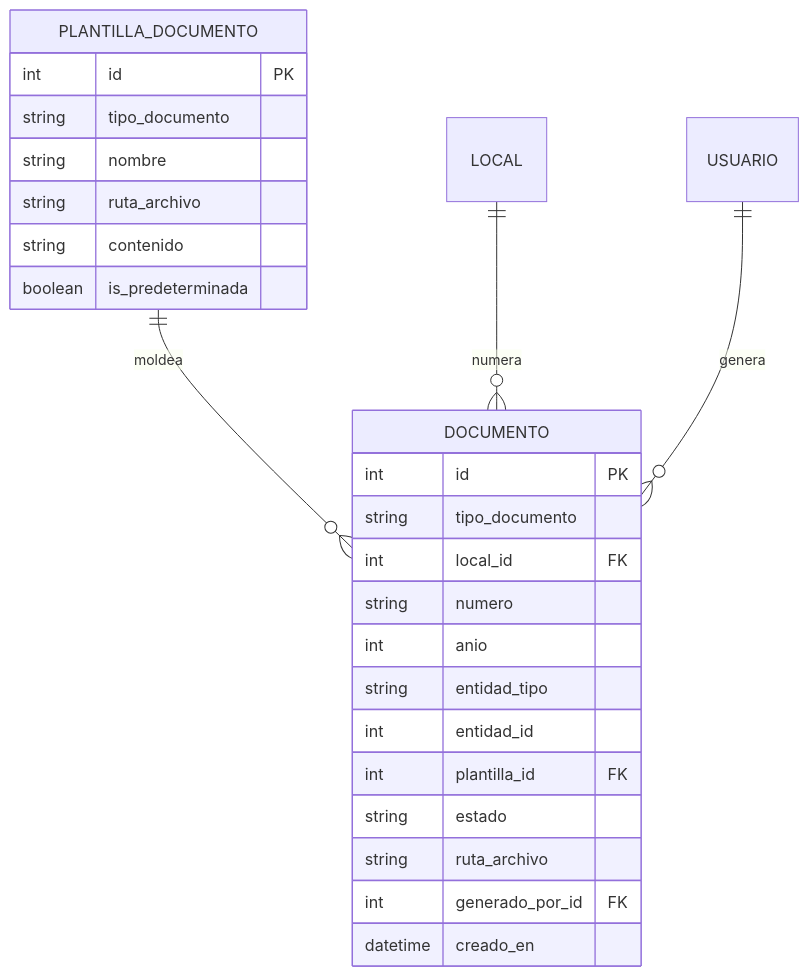
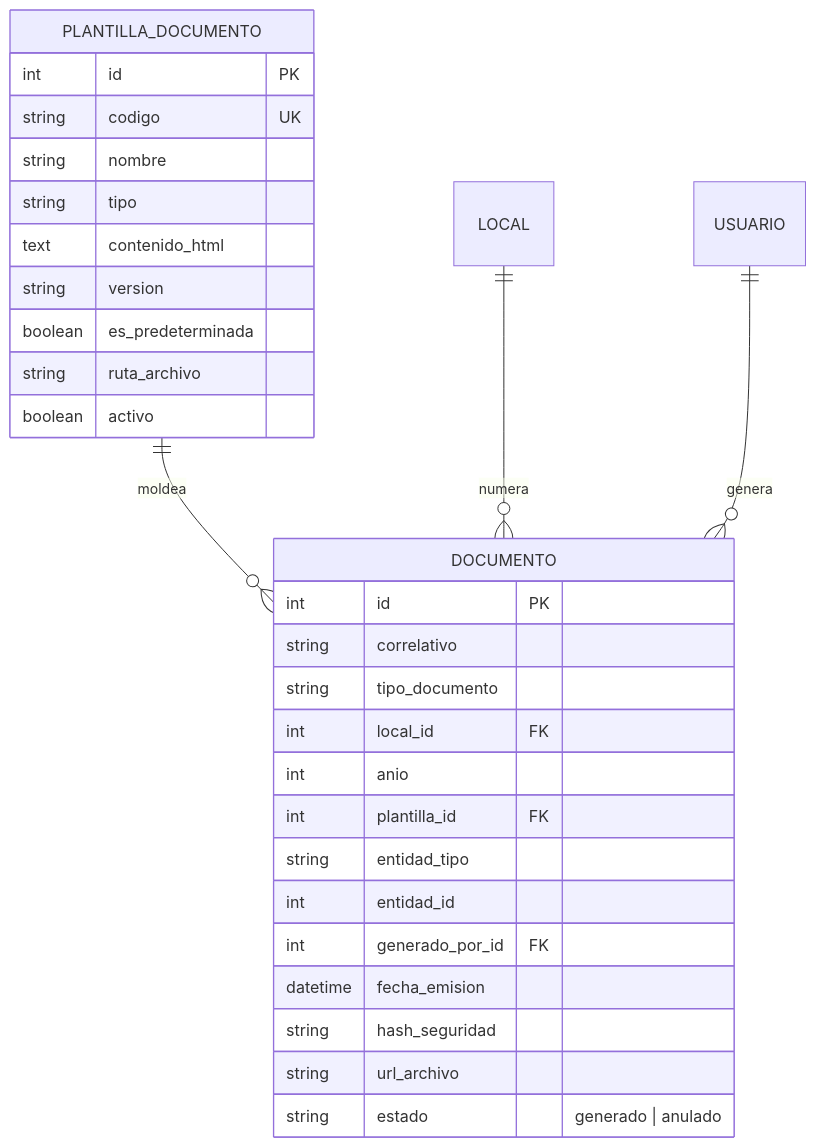
The diagram in docs/modelo-datos/06.10-documentos.md (Enrrill/DLL-Sulimados---Core), drawn with Mermaid before and after one commit. The commit also changed other lines of this file and 27 other files, not shown here.

````diff
--- a/docs/modelo-datos/06.10-documentos.md
+++ b/docs/modelo-datos/06.10-documentos.md
@@ -20,28 +21,32 @@
 ```mermaid
 erDiagram
     PLANTILLA_DOCUMENTO ||--o{ DOCUMENTO : "moldea"
     LOCAL ||--o{ DOCUMENTO : "numera"
     USUARIO ||--o{ DOCUMENTO : "genera"
     DOCUMENTO {
         int id PK
+        string correlativo
         string tipo_documento
         int local_id FK
-        string numero
         int anio
+        int plantilla_id FK
         string entidad_tipo
         int entidad_id
-        int plantilla_id FK
-        string estado
-        string ruta_archivo
         int generado_por_id FK
-        datetime creado_en
+        datetime fecha_emision
+        string hash_seguridad
+        string url_archivo
+        string estado "generado | anulado"
     }
     PLANTILLA_DOCUMENTO {
         int id PK
-        string tipo_documento
+        string codigo UK
         string nombre
+        string tipo
+        text contenido_html
+        string version
+        boolean es_predeterminada
         string ruta_archivo
-        string contenido
-        boolean is_predeterminada
+        boolean activo
     }
 ```
````
